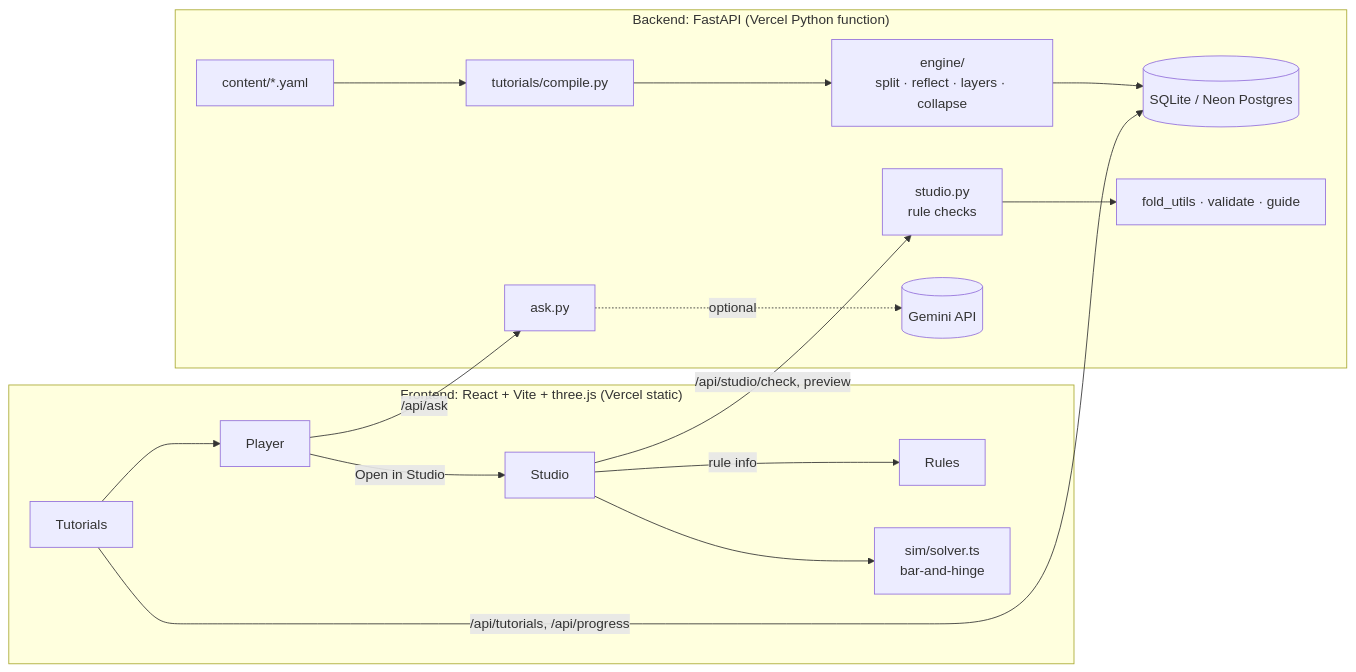
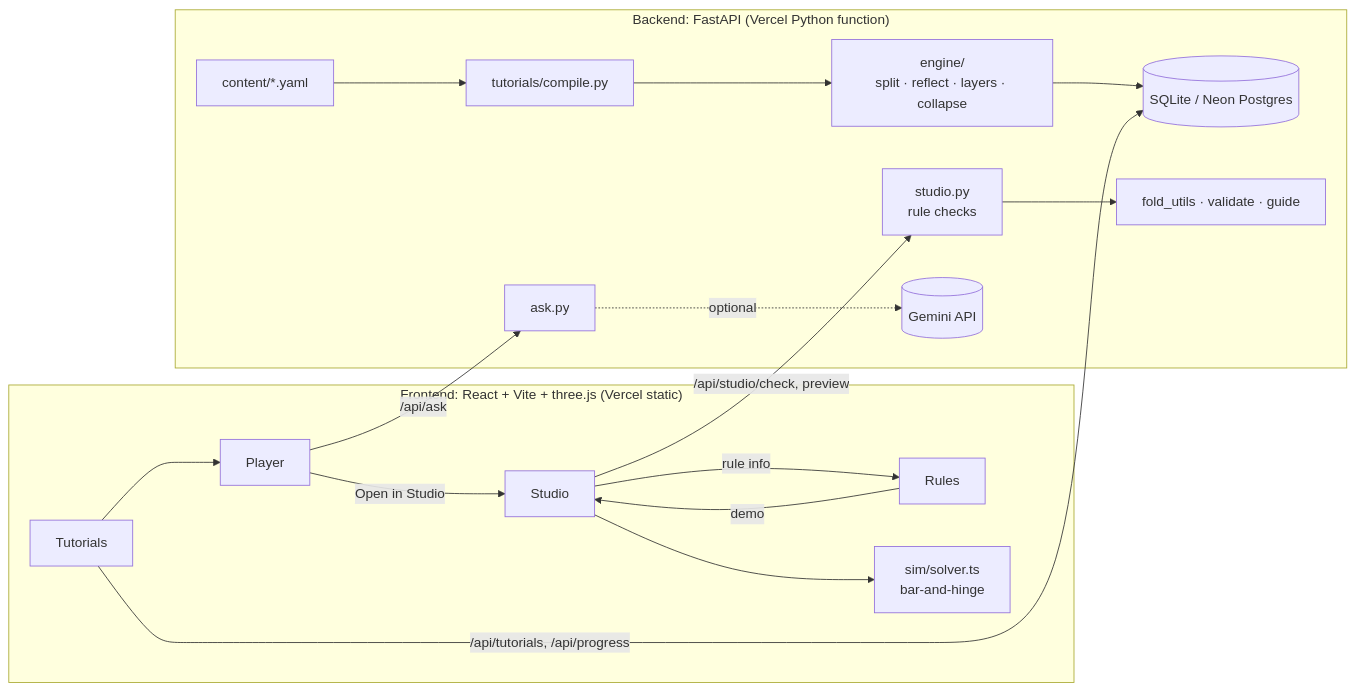
One commit to Srivalli-DT/Final-Project-Origami changed the diagram in README.md. Above: the diagram before and after it, drawn with Mermaid. The commit also changed other lines of this file and 5 other files, not shown here.

Commit message:
Show Rules as its own tab again (Tutorials, Studio, Rules)

````diff
--- a/README.md
+++ b/README.md
@@ -51,19 +51,20 @@
 ```mermaid
 flowchart LR
   subgraph Browser["Frontend: React + Vite + three.js (Vercel static)"]
     Tutorials --> Player
     Player -->|Open in Studio| Studio
+    Rules -->|demo| Studio
     Studio -->|rule info| Rules
     Studio --> Solver["sim/solver.ts<br/>bar-and-hinge"]
   end
   subgraph API["Backend: FastAPI (Vercel Python function)"]
     Content["content/*.yaml"] --> Compiler["tutorials/compile.py"]
     Compiler --> Engine["engine/<br/>split · reflect · layers · collapse"]
     Engine --> DB[(SQLite / Neon Postgres)]
     Checks["studio.py<br/>rule checks"] --> FoldUtils["fold_utils · validate · guide"]
     Ask["ask.py"] -.optional.-> Gemini[(Gemini API)]
   end
   Tutorials -->|/api/tutorials, /api/progress| DB
   Studio -->|/api/studio/check, preview| Checks
   Player -->|/api/ask| Ask
 ```
````
